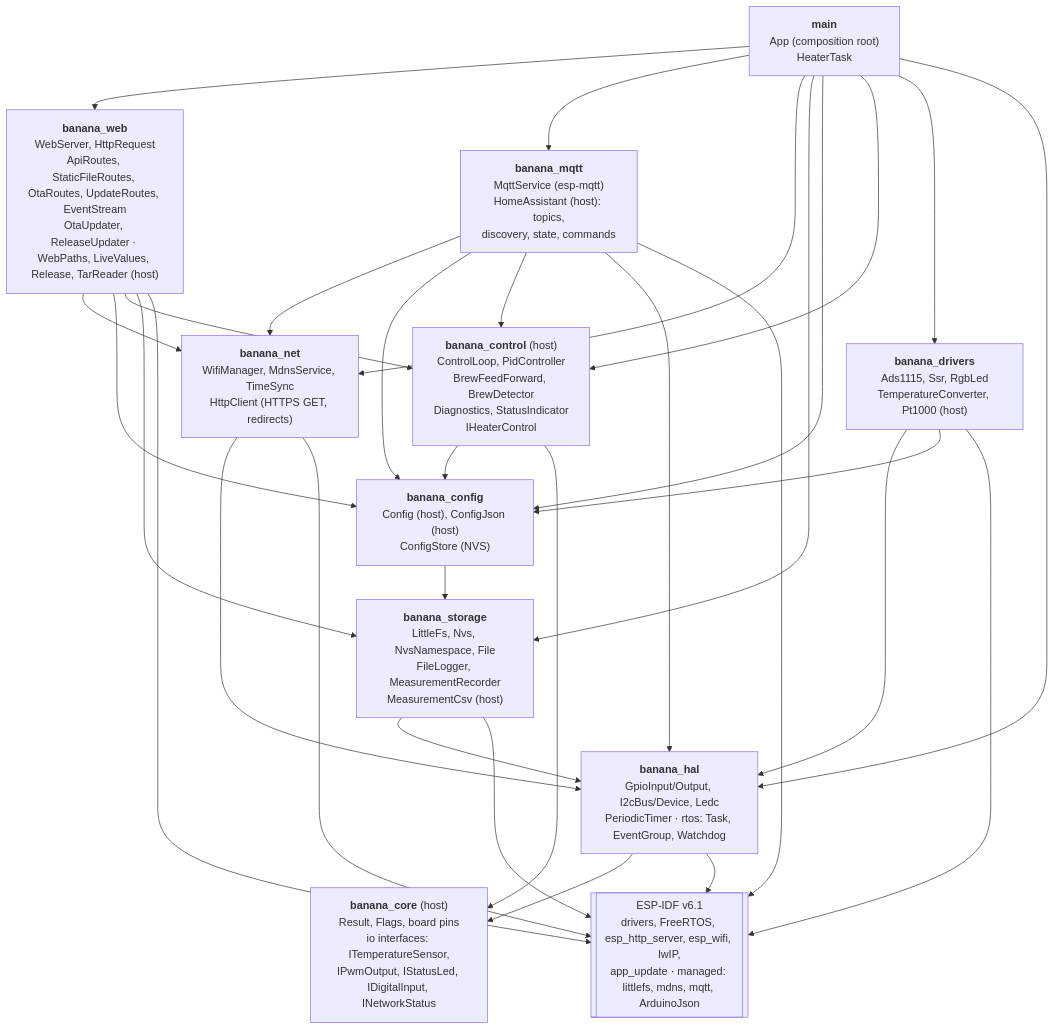
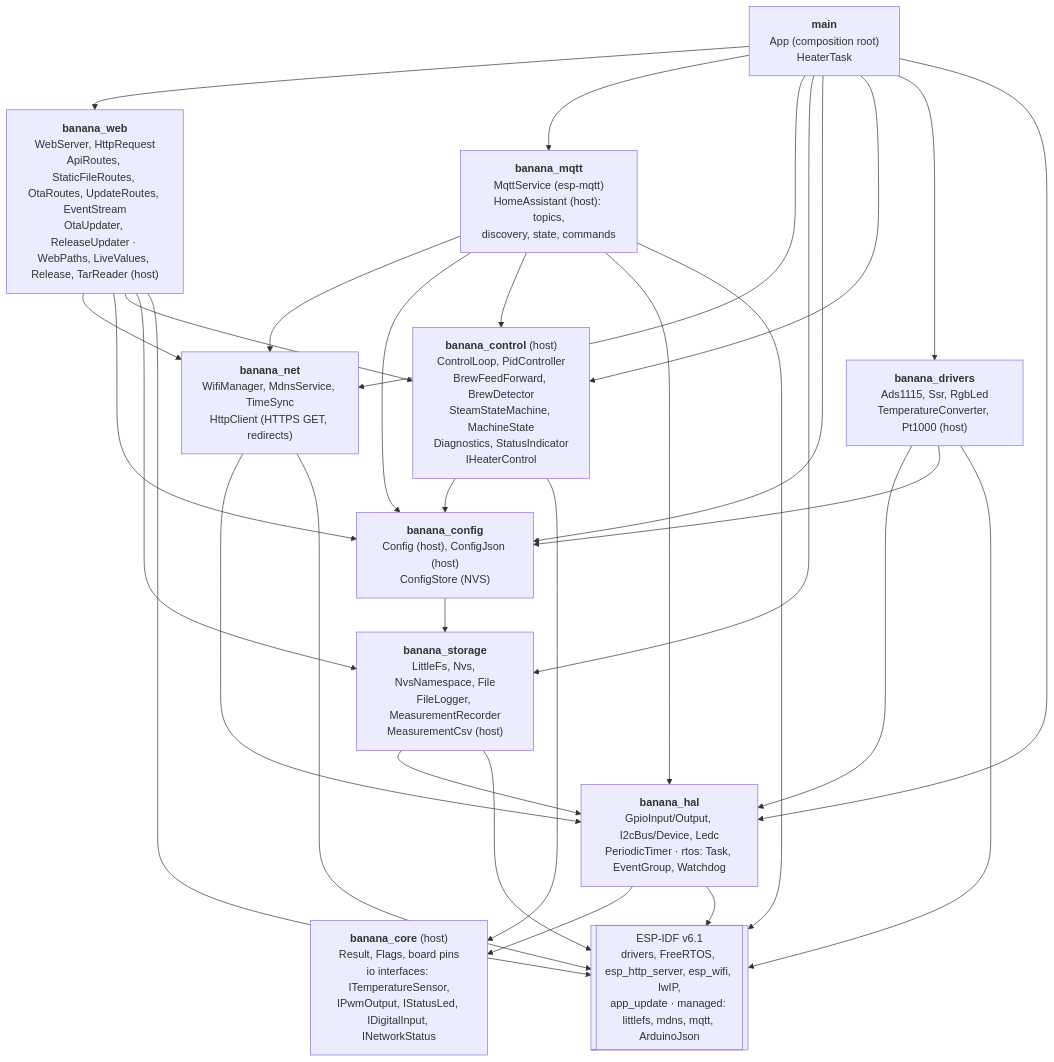
Before and after one commit to sebgad/bananactrl: the first of 2 diagrams in docs/ARCHITECTURE.md, drawn with Mermaid. The commit also changed other lines of this file and 25 other files, not shown here.

First line of the commit message:
Steam mode from the temperature, machine state for LED and Home Assistant

````diff
--- a/docs/ARCHITECTURE.md
+++ b/docs/ARCHITECTURE.md
@@ -8,26 +8,26 @@
 ```mermaid
 flowchart TD
     main["<b>main</b><br/>App (composition root)<br/>HeaterTask"]
 
     web["<b>banana_web</b><br/>WebServer, HttpRequest<br/>ApiRoutes, StaticFileRoutes, OtaRoutes, UpdateRoutes, EventStream<br/>OtaUpdater, ReleaseUpdater · WebPaths, LiveValues, Release, TarReader (host)"]
     net["<b>banana_net</b><br/>WifiManager, MdnsService, TimeSync<br/>HttpClient (HTTPS GET, redirects)"]
     mqtt["<b>banana_mqtt</b><br/>MqttService (esp-mqtt)<br/>HomeAssistant (host): topics,<br/>discovery, state, commands"]
     storage["<b>banana_storage</b><br/>LittleFs, Nvs, NvsNamespace, File<br/>FileLogger, MeasurementRecorder<br/>MeasurementCsv (host)"]
     config["<b>banana_config</b><br/>Config (host), ConfigJson (host)<br/>ConfigStore (NVS)"]
-    control["<b>banana_control</b> (host)<br/>ControlLoop, PidController<br/>BrewFeedForward, BrewDetector<br/>Diagnostics, StatusIndicator<br/>IHeaterControl"]
+    control["<b>banana_control</b> (host)<br/>ControlLoop, PidController<br/>BrewFeedForward, BrewDetector<br/>SteamStateMachine, MachineState<br/>Diagnostics, StatusIndicator<br/>IHeaterControl"]
     drivers["<b>banana_drivers</b><br/>Ads1115, Ssr, RgbLed<br/>TemperatureConverter, Pt1000 (host)"]
     hal["<b>banana_hal</b><br/>GpioInput/Output, I2cBus/Device, Ledc<br/>PeriodicTimer · rtos: Task, EventGroup, Watchdog"]
     core["<b>banana_core</b> (host)<br/>Result, Flags, board pins<br/>io interfaces: ITemperatureSensor,<br/>IPwmOutput, IStatusLed, IDigitalInput, INetworkStatus"]
     idf[["ESP-IDF v6.1<br/>drivers, FreeRTOS, esp_http_server, esp_wifi, lwIP,<br/>app_update · managed: littlefs, mdns, mqtt, ArduinoJson"]]
 
     main --> web & mqtt & net & storage & config & control & drivers & hal
     mqtt --> net & config & control & hal
     web --> net & config & control & storage
     net --> hal
     storage --> hal
     config --> storage
     control --> config & core
     drivers --> hal & config
     hal --> core
     web & mqtt & net & storage & drivers & hal --> idf
 ```
````
